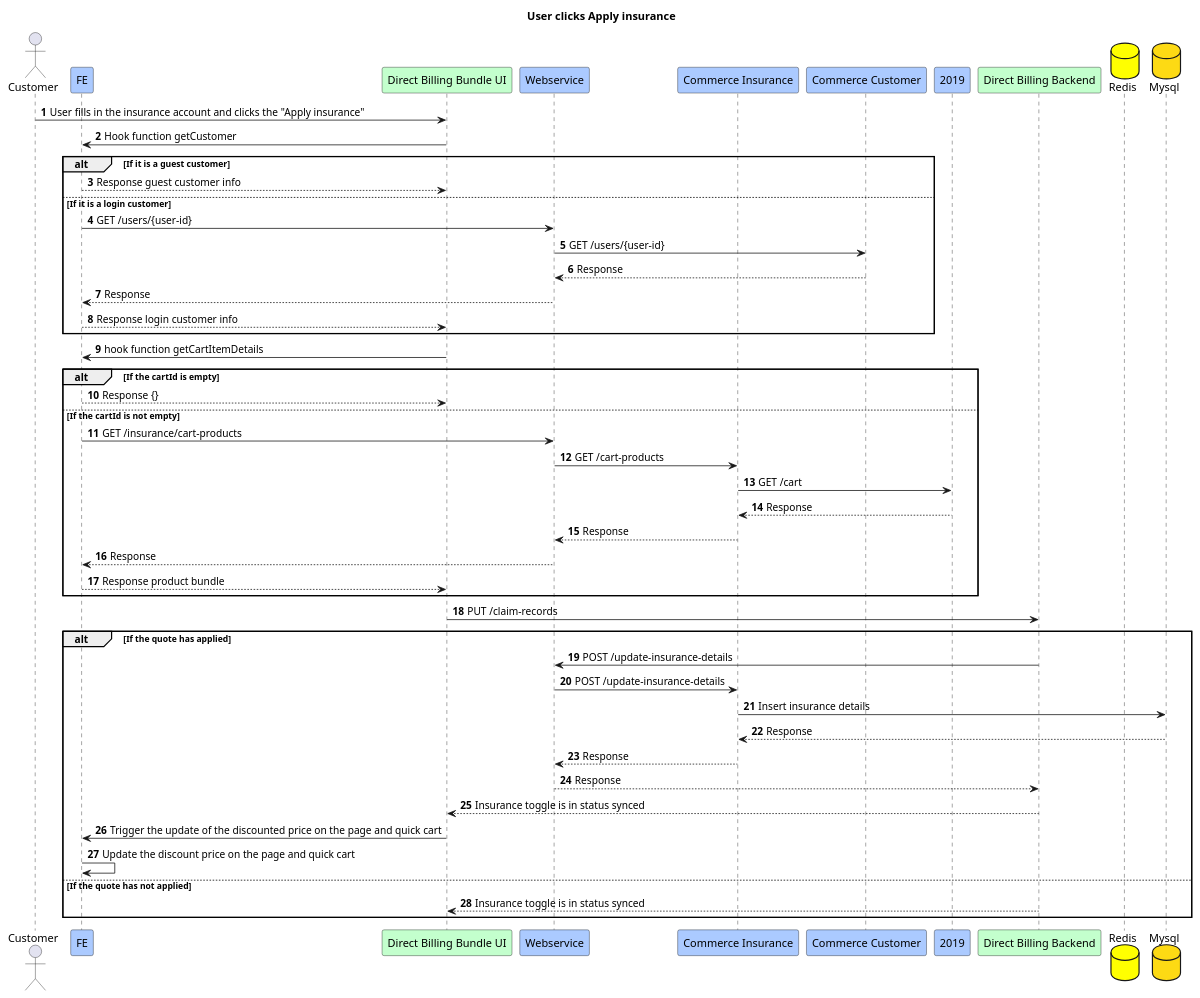
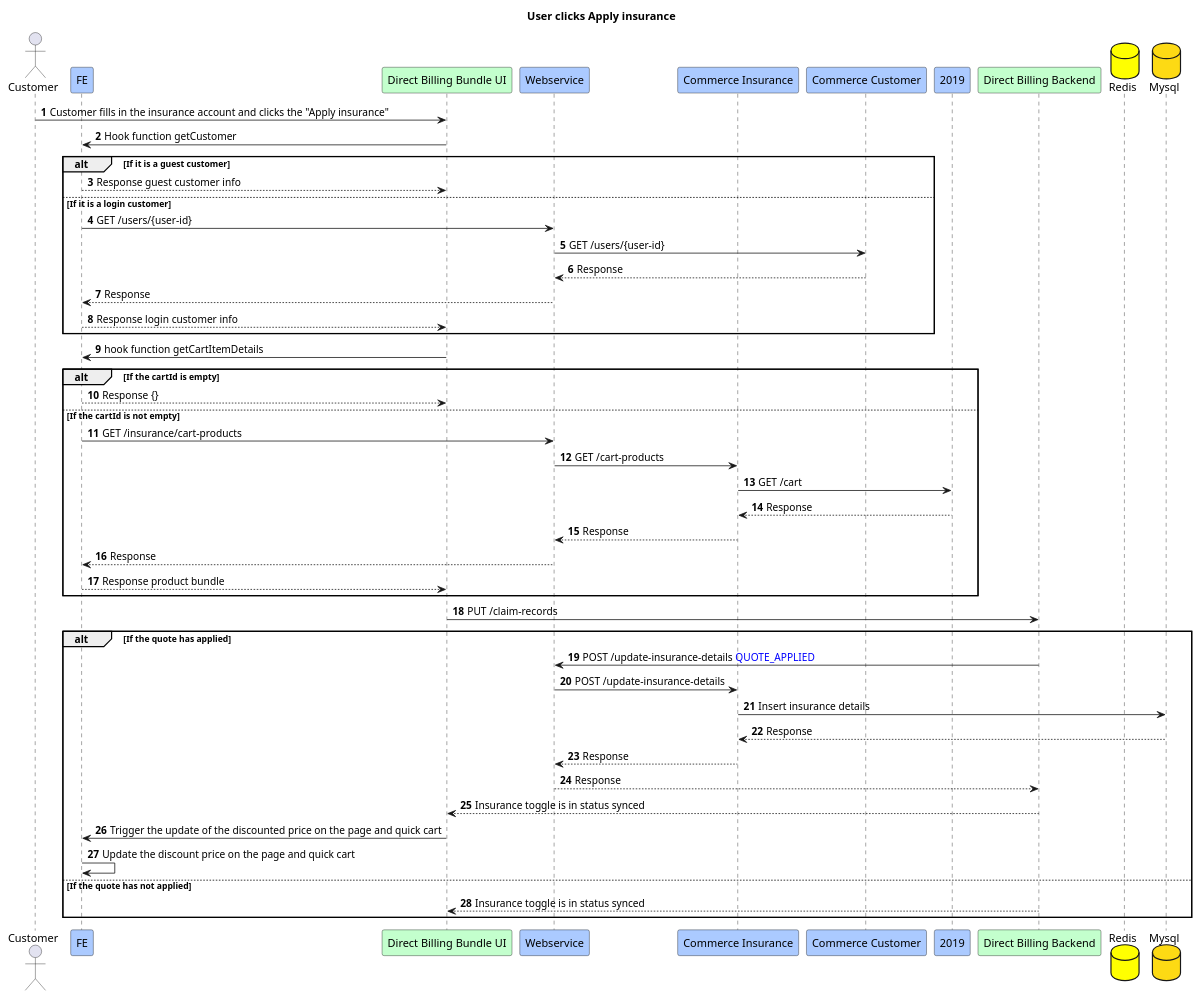
Before and after one commit to Jayounger/EyeMed-Sequence-Diagram: the diagram in 2.Customer clicks Apply insurance in cart page.puml, drawn with PlantUML. The commit also changed 41 other files, not shown here.

```diff
--- a/2.Customer clicks Apply insurance in cart page.puml
+++ b/2.Customer clicks Apply insurance in cart page.puml
@@ -1,56 +1,56 @@
 @startuml
 title User clicks Apply insurance
 actor Customer
 participant FE #abcaff
 participant "Direct Billing Bundle UI" #c3ffcd
 participant "Webservice" #abcaff
 participant "Commerce Insurance" #abcaff
 participant "Commerce Customer" #abcaff
 participant "2019" #abcaff
 participant "Direct Billing Backend" #c3ffcd
 database "Redis" #yellow
 database "Mysql" #fdda14
 
 autonumber
-Customer -> "Direct Billing Bundle UI":User fills in the insurance account and clicks the "Apply insurance"
+Customer -> "Direct Billing Bundle UI":Customer fills in the insurance account and clicks the "Apply insurance"
 "Direct Billing Bundle UI" -> FE:Hook function getCustomer
 
 alt If it is a guest customer
     FE --> "Direct Billing Bundle UI":Response guest customer info
 else If it is a login customer
     FE -> "Webservice":GET /users/{user-id}
     "Webservice" -> "Commerce Customer":GET /users/{user-id}
     "Commerce Customer" --> "Webservice":Response
     "Webservice" --> FE:Response
     FE --> "Direct Billing Bundle UI":Response login customer info
 end
 
 "Direct Billing Bundle UI" -> FE:hook function getCartItemDetails
 alt If the cartId is empty
     FE --> "Direct Billing Bundle UI":Response {}
 else If the cartId is not empty
     FE -> "Webservice":GET /insurance/cart-products
     "Webservice" -> "Commerce Insurance":GET /cart-products
     "Commerce Insurance" -> 2019:GET /cart
     2019 --> "Commerce Insurance":Response
     "Commerce Insurance" --> "Webservice":Response
     "Webservice" --> FE:Response
     FE --> "Direct Billing Bundle UI":Response product bundle
 end
 
 "Direct Billing Bundle UI" -> "Direct Billing Backend": PUT /claim-records
 
 alt If the quote has applied
-    "Direct Billing Backend" -> "Webservice":POST /update-insurance-details
+    "Direct Billing Backend" -> "Webservice":POST /update-insurance-details <font color=blue>QUOTE_APPLIED
     "Webservice" -> "Commerce Insurance":POST /update-insurance-details
     "Commerce Insurance" -> "Mysql":Insert insurance details
     "Mysql" --> "Commerce Insurance":Response
     "Commerce Insurance" --> "Webservice":Response
     "Webservice" --> "Direct Billing Backend":Response
     "Direct Billing Backend" --> "Direct Billing Bundle UI":Insurance toggle is in status synced
     "Direct Billing Bundle UI" -> FE:Trigger the update of the discounted price on the page and quick cart
     FE -> FE:Update the discount price on the page and quick cart
 else If the quote has not applied
     "Direct Billing Backend" --> "Direct Billing Bundle UI":Insurance toggle is in status synced
 end
 @enduml
```
